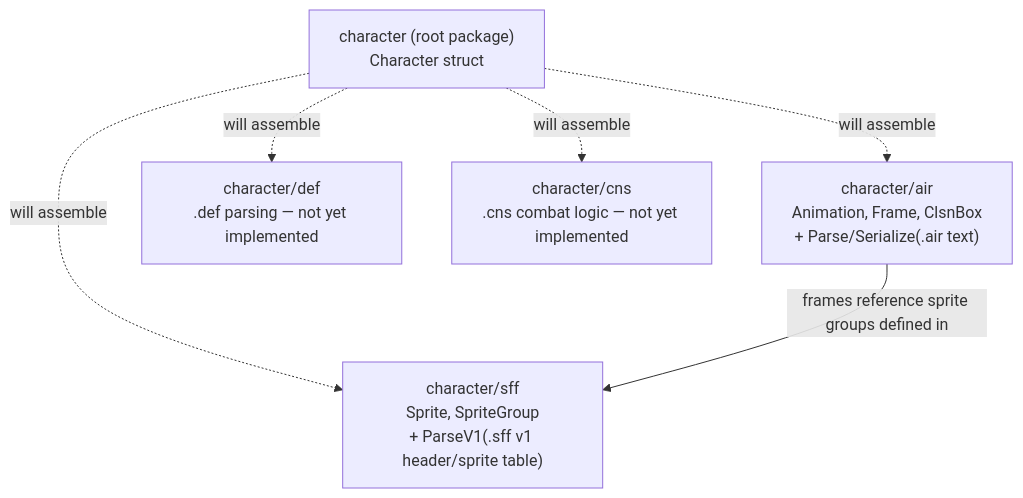
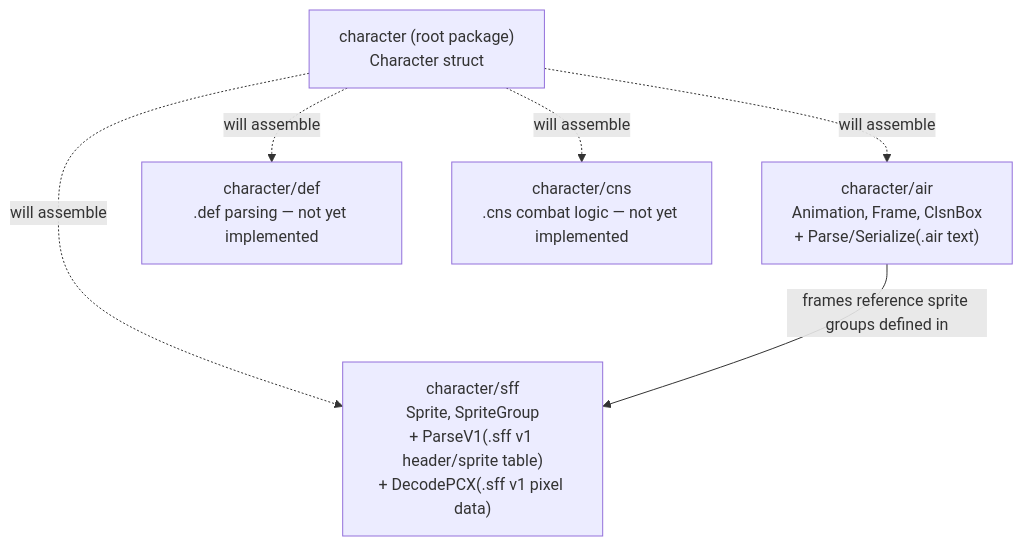
The diagram in docs/architecture.md (openkakutou/character), drawn with Mermaid before and after one commit. The commit also changed other lines of this file and 10 other files, not shown here.

Commit message:
feat: decode .sff v1 sprite image data (PCX-encoded pixels) into a plain pixel buffer with width and height; corrupted or truncated pixel data reports a descriptive error instead of crashing

````diff
--- a/docs/architecture.md
+++ b/docs/architecture.md
@@ -11,14 +11,14 @@
 ```mermaid
 graph TD
     root["character (root package)<br/>Character struct"]
     air["character/air<br/>Animation, Frame, ClsnBox<br/>+ Parse/Serialize(.air text)"]
     def["character/def<br/>.def parsing — not yet implemented"]
-    sff["character/sff<br/>Sprite, SpriteGroup<br/>+ ParseV1(.sff v1 header/sprite table)"]
+    sff["character/sff<br/>Sprite, SpriteGroup<br/>+ ParseV1(.sff v1 header/sprite table)<br/>+ DecodePCX(.sff v1 pixel data)"]
     cns["character/cns<br/>.cns combat logic — not yet implemented"]
 
     root -.->|will assemble| air
     root -.->|will assemble| def
     root -.->|will assemble| sff
     root -.->|will assemble| cns
     air -->|frames reference sprite groups defined in| sff
 ```
````
